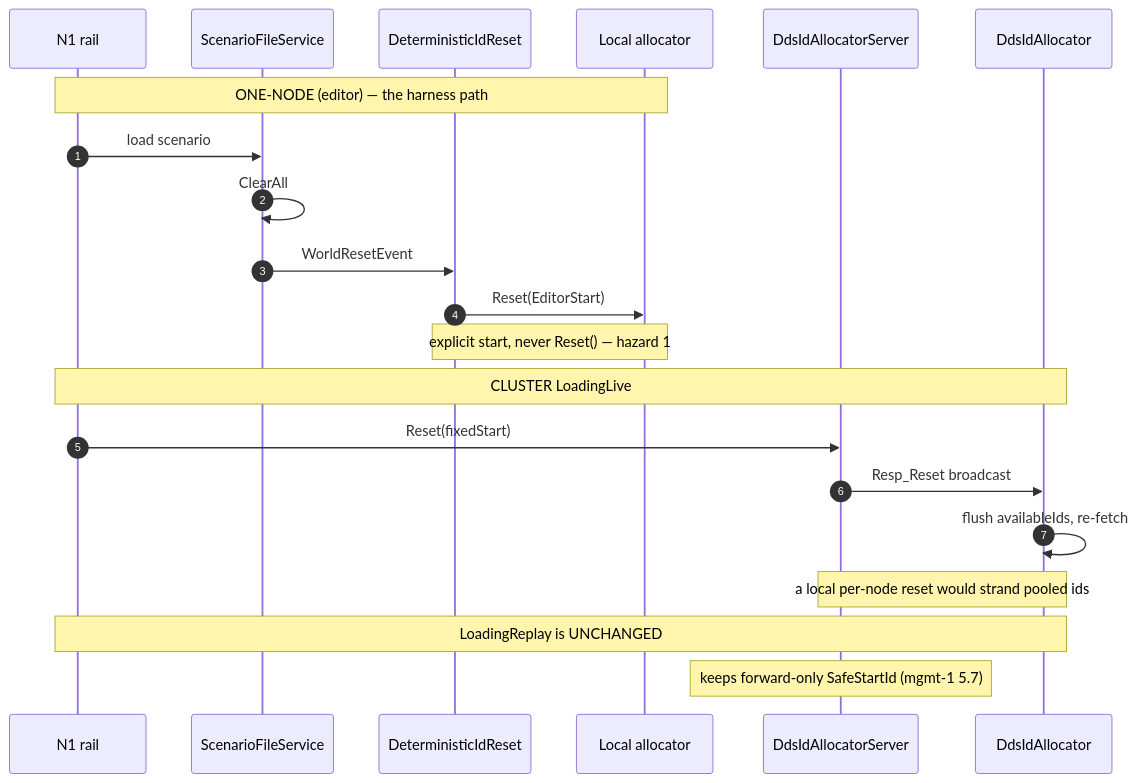
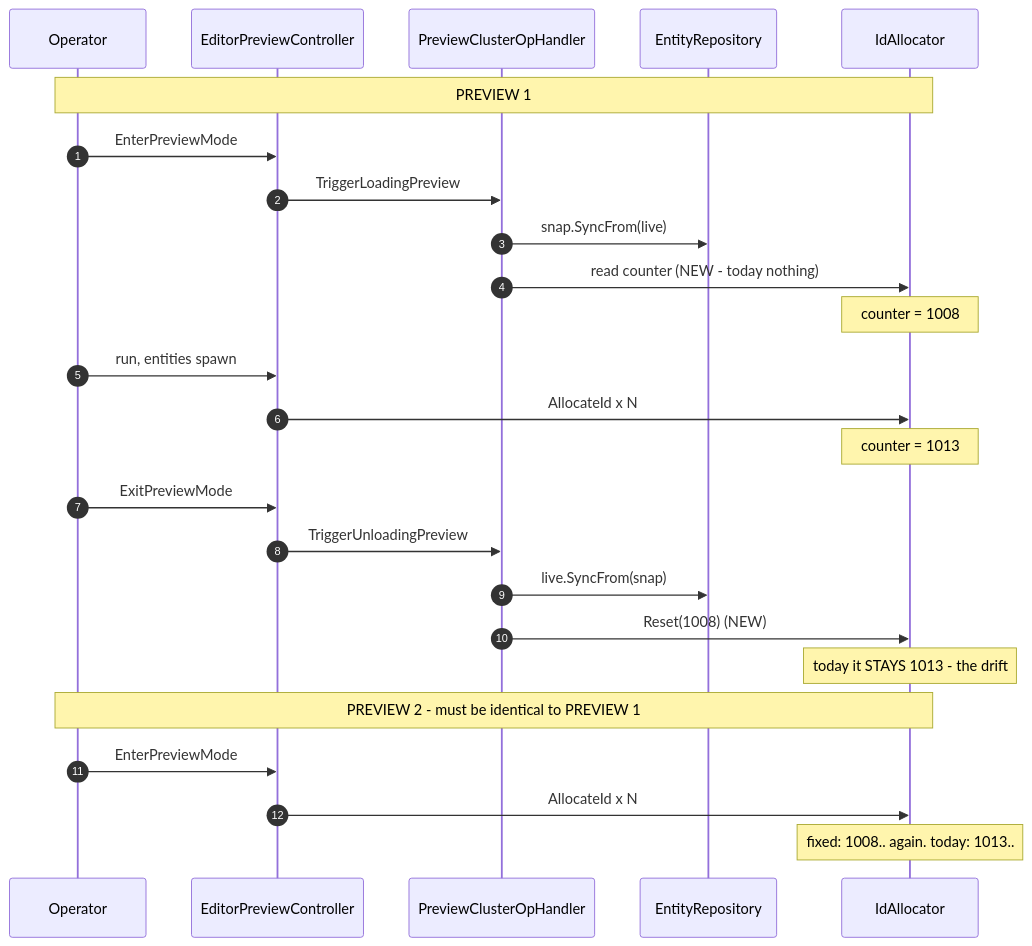
Before and after one commit to pjanec/HROT: the second of 2 diagrams in docs/DESIGN_Deterministic_Network_Ids.md, drawn with Mermaid. The commit also changed other lines of this file and 2 other files, not shown here.

First line of the commit message:
docs: the reset IS wanted -- for PREVIEW, and my seam was wrong

````diff
--- a/docs/DESIGN_Deterministic_Network_Ids.md
+++ b/docs/DESIGN_Deterministic_Network_Ids.md
@@ -204,26 +125,29 @@
 ```mermaid
 sequenceDiagram
     autonumber
-    participant Rail as N1 rail
-    participant Svc as ScenarioFileService
-    participant Det as DeterministicIdReset
-    participant Local as Local allocator
-    participant Master as DdsIdAllocatorServer
-    participant Client as DdsIdAllocator
+    participant Op as Operator
+    participant Ctl as EditorPreviewController
+    participant H as PreviewClusterOpHandler
+    participant Repo as EntityRepository
+    participant Alloc as IdAllocator
 
-    Note over Rail,Local: ONE-NODE (editor) — the harness path
-    Rail->>Svc: load scenario
-    Svc->>Svc: ClearAll
-    Svc->>Det: WorldResetEvent
-    Det->>Local: Reset(EditorStart)
-    Note over Det,Local: explicit start, never Reset() — hazard 1
+    Note over Op,Alloc: PREVIEW 1
+    Op->>Ctl: EnterPreviewMode
+    Ctl->>H: TriggerLoadingPreview
+    H->>Repo: snap.SyncFrom(live)
+    H->>Alloc: read counter (NEW - today nothing)
+    Note over Alloc: counter = 1008
+    Op->>Ctl: run, entities spawn
+    Ctl->>Alloc: AllocateId x N
+    Note over Alloc: counter = 1013
+    Op->>Ctl: ExitPreviewMode
+    Ctl->>H: TriggerUnloadingPreview
+    H->>Repo: live.SyncFrom(snap)
+    H->>Alloc: Reset(1008) (NEW)
+    Note over Alloc: today it STAYS 1013 - the drift
 
-    Note over Rail,Client: CLUSTER LoadingLive
-    Rail->>Master: Reset(fixedStart)
-    Master->>Client: Resp_Reset broadcast
-    Client->>Client: flush availableIds, re-fetch
-    Note over Master,Client: a local per-node reset would strand pooled ids
-
-    Note over Rail,Client: LoadingReplay is UNCHANGED
-    Note over Master: keeps forward-only SafeStartId (mgmt-1 5.7)
+    Note over Op,Alloc: PREVIEW 2 - must be identical to PREVIEW 1
+    Op->>Ctl: EnterPreviewMode
+    Ctl->>Alloc: AllocateId x N
+    Note over Alloc: fixed: 1008.. again. today: 1013..
 ```
````
